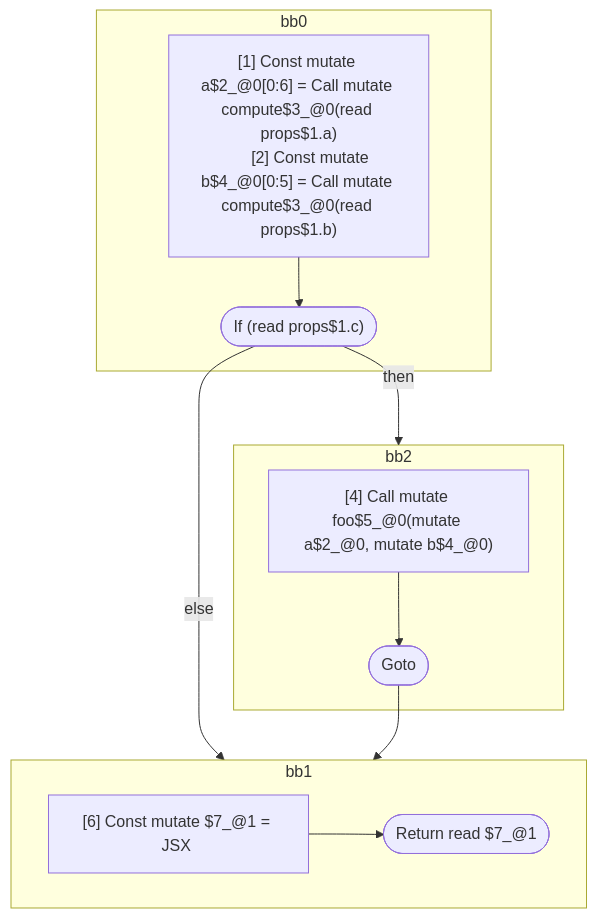
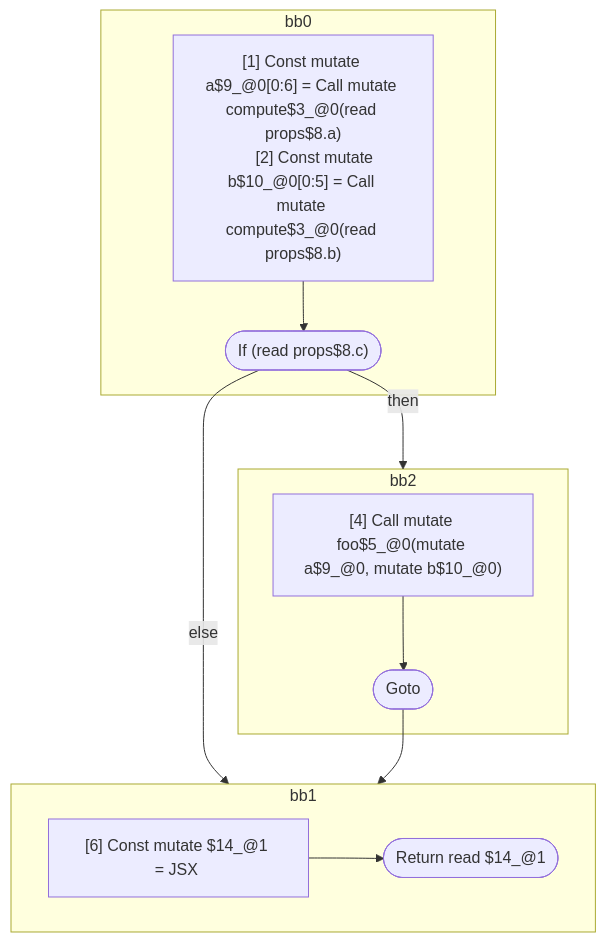
The fourth of 4 diagrams in compiler/forget/src/__tests__/fixtures/hir/interdependent-across-if.expect.md (wutsmog/private), drawn with Mermaid before and after one commit. The commit also changed other lines of this file and 59 other files, not shown here.

````diff
--- a/compiler/forget/src/__tests__/fixtures/hir/interdependent-across-if.expect.md
+++ b/compiler/forget/src/__tests__/fixtures/hir/interdependent-across-if.expect.md
@@ -127,29 +127,29 @@
 ```mermaid
 flowchart TB
   %% Basic Blocks
   subgraph bb0
     bb0_instrs["
-      [1] Const mutate a$2_@0[0:6] = Call mutate compute$3_@0(read props$1.a)
-      [2] Const mutate b$4_@0[0:5] = Call mutate compute$3_@0(read props$1.b)
+      [1] Const mutate a$9_@0[0:6] = Call mutate compute$3_@0(read props$8.a)
+      [2] Const mutate b$10_@0[0:5] = Call mutate compute$3_@0(read props$8.b)
     "]
-    bb0_instrs --> bb0_terminal(["If (read props$1.c)"])
+    bb0_instrs --> bb0_terminal(["If (read props$8.c)"])
   end
   subgraph bb2
     bb2_instrs["
-      [4] Call mutate foo$5_@0(mutate a$2_@0, mutate b$4_@0)
+      [4] Call mutate foo$5_@0(mutate a$9_@0, mutate b$10_@0)
     "]
     bb2_instrs --> bb2_terminal(["Goto"])
   end
   subgraph bb1
     bb1_instrs["
-      [6] Const mutate $7_@1 = JSX <read Foo$6 a={freeze a$2_@0} b={freeze b$4_@0} ></read Foo$6>
+      [6] Const mutate $14_@1 = JSX <read Foo$6 a={freeze a$9_@0} b={freeze b$10_@0} ></read Foo$6>
     "]
-    bb1_instrs --> bb1_terminal(["Return read $7_@1"])
+    bb1_instrs --> bb1_terminal(["Return read $14_@1"])
   end
 
   %% Jumps
   bb0_terminal -- "then" --> bb2
   bb0_terminal -- "else" --> bb1
   bb2_terminal --> bb1
 
 ```
````
